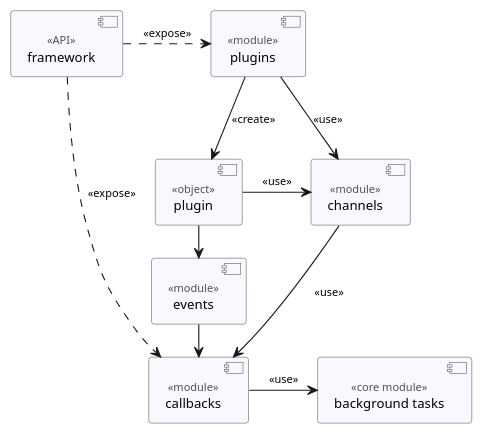
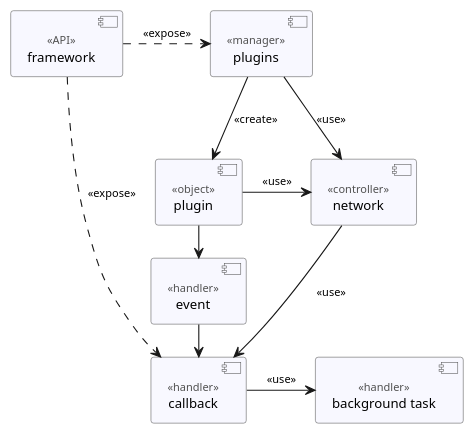
The diagram in Cogspinner/structure.puml (erik-riklund/wow), drawn with PlantUML before and after one commit. The commit also changed 20 other files, not shown here.

```diff
--- a/Cogspinner/structure.puml
+++ b/Cogspinner/structure.puml
@@ -1,46 +1,46 @@
 @startuml Cogspinner
 
 skinparam ClassFontSize 12pt
 skinparam ClassFontName Consolas
 skinparam ComponentBackgroundColor GhostWhite
 skinparam ComponentBorderColor #565656
 skinparam ComponentFontStyle normal
 skinparam ComponentFontSize 12pt
 skinparam ComponentFontName Consolas
 skinparam ComponentStereotypeFontName Consolas
 skinparam ComponentStereotypeFontSize 10pt
 skinparam ComponentStereotypeFontColor #515151
 skinparam InterfaceBackgroundColor Orange
 skinparam NoteFontName Franklin Gothic Medium
 skinparam NoteFontSize 12pt
 skinparam NoteFontColor black
 skinparam NoteBackgroundColor #FEFFDD
 skinparam NoteBorderColor #96968D
 skinparam ArrowFontName Consolas
 skinparam ArrowFontSize 10pt
 
 component "framework" as Framework <<API>>
-component "plugins" as PluginManager <<module>>
+component "plugins" as PluginManager <<manager>>
 component "plugin" as Plugin <<object>>
 
 Framework .> PluginManager : <<expose>>
 PluginManager -> Plugin : <<create>>
 
-component "channels" as Network <<module>>
+component "network" as Network <<controller>>
 
 PluginManager --> Network : <<use>>
 Plugin -> Network : <<use>>
 
-component "callbacks" as CallbackHandler <<module>>
-component "background tasks" as BackgroundTaskHandler <<core module>>
+component "callback" as CallbackHandler <<handler>>
+component "background task" as BackgroundTaskHandler <<handler>>
 
 Framework ..> CallbackHandler : <<expose>>
 Network --> CallbackHandler : <<use>>
 CallbackHandler -> BackgroundTaskHandler : <<use>>
 
-component "events" as EventHandler <<module>>
+component "event" as EventHandler <<handler>>
 
 Plugin -> EventHandler : <<use>>
 EventHandler -> CallbackHandler : <<use>>
 
 @enduml
```
